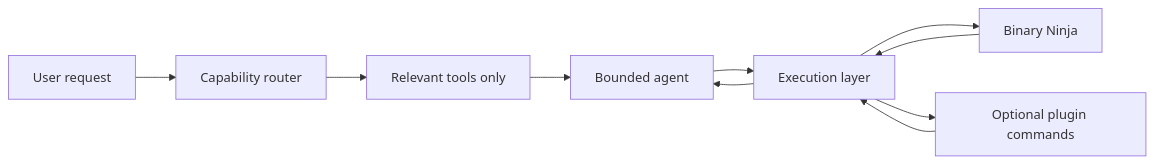
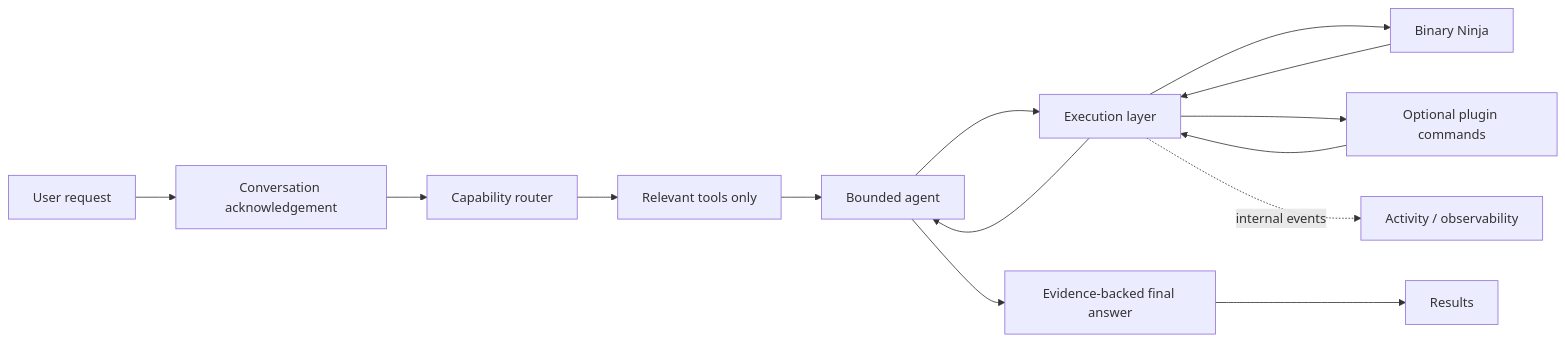
The diagram in ARCHITECTURE.md (mshanghai570/silvergun), drawn with Mermaid before and after one commit. The commit also changed other lines of this file and 5 other files, not shown here.

````diff
--- a/ARCHITECTURE.md
+++ b/ARCHITECTURE.md
@@ -21,12 +22,16 @@
 ```mermaid
 flowchart LR
-    U[User request] --> R[Capability router]
+    U[User request] --> V[Conversation acknowledgement]
+    V --> R[Capability router]
     R --> C[Relevant tools only]
     C --> A[Bounded agent]
     A --> E[Execution layer]
     E --> B[Binary Ninja]
     E --> P[Optional plugin commands]
     B --> E
     P --> E
     E --> A
+    A --> S[Evidence-backed final answer]
+    S --> RSL[Results]
+    E -. internal events .-> ACT[Activity / observability]
 ```
````
